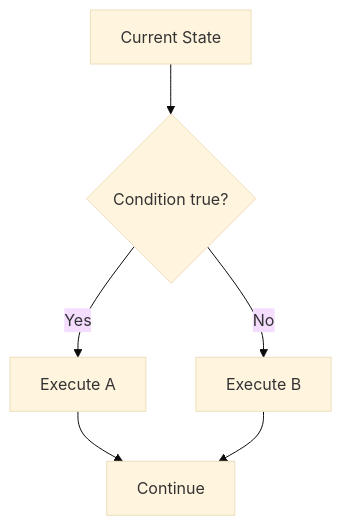
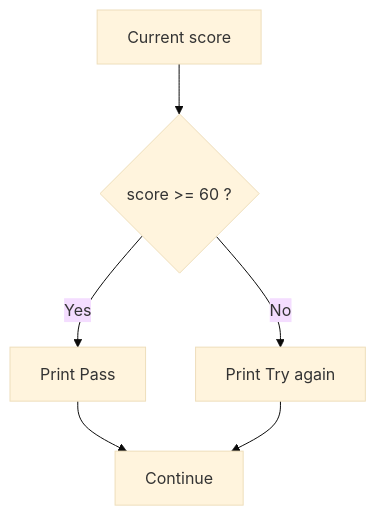
One commit to inred329/summer_pre_course_2026 changed the diagram in materials/preparatory/unit-03-control-flow.en.md. Above: the diagram before and after it, drawn with Mermaid (base theme). The commit also changed other lines of this file, not shown here.

Commit message:
Improve P-U03 English reading flow

````diff
--- a/materials/preparatory/unit-03-control-flow.en.md
+++ b/materials/preparatory/unit-03-control-flow.en.md
@@ -58,8 +109,8 @@
 ```mermaid
 flowchart TD
-    S[Current State] --> Q{Condition true?}
-    Q -->|Yes| A[Execute A]
-    Q -->|No| B[Execute B]
+    S[Current score] --> Q{score >= 60 ?}
+    Q -->|Yes| A[Print Pass]
+    Q -->|No| B[Print Try again]
     A --> E[Continue]
     B --> E
 ```
````
